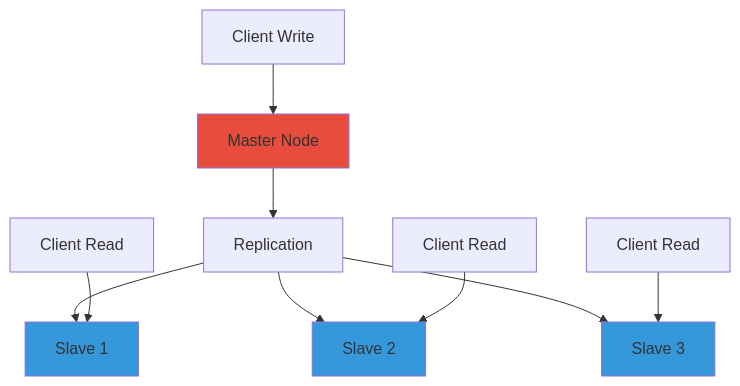
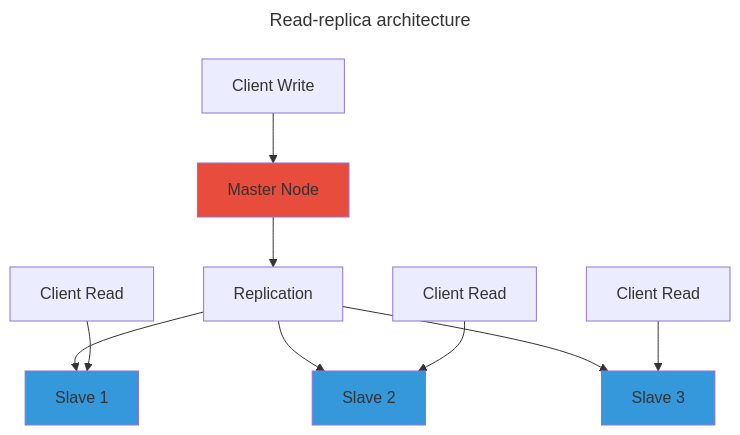
Before and after one commit to mrtxee/enterprise-developer-almanac: the second of 4 diagrams in software-engineer/паттерны/scaling/replication.md, drawn with Mermaid. The commit also changed other lines of this file and 18 other files, not shown here.

````diff
--- a/software-engineer/паттерны/scaling/replication.md
+++ b/software-engineer/паттерны/scaling/replication.md
@@ -61,17 +69,20 @@
 ```mermaid
+---
+title: Read-replica architecture
+---
 graph TD
     A[Client Write] --> B[Master Node]
     B --> C[Replication]
     C --> D[Slave 1]
     C --> E[Slave 2]
     C --> F[Slave 3]
     
     G[Client Read] --> D
     H[Client Read] --> E
     I[Client Read] --> F
     
     style B fill:#e74c3c
     style D fill:#3498db
     style E fill:#3498db
     style F fill:#3498db
 ```
````
